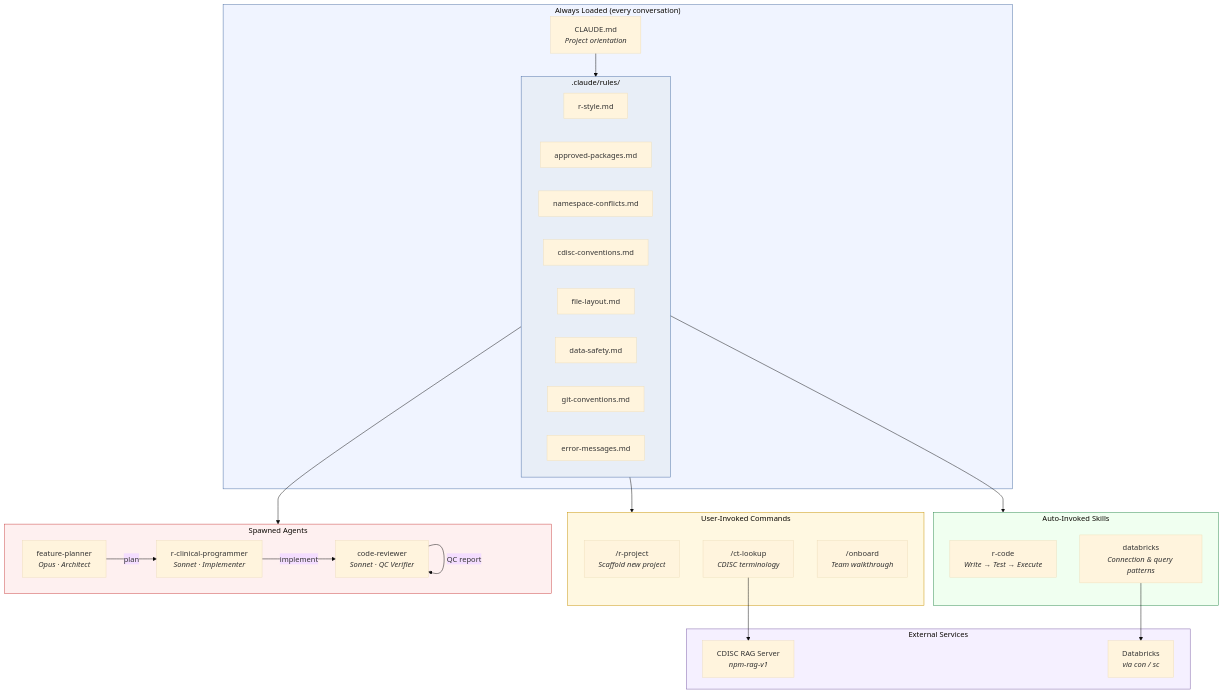
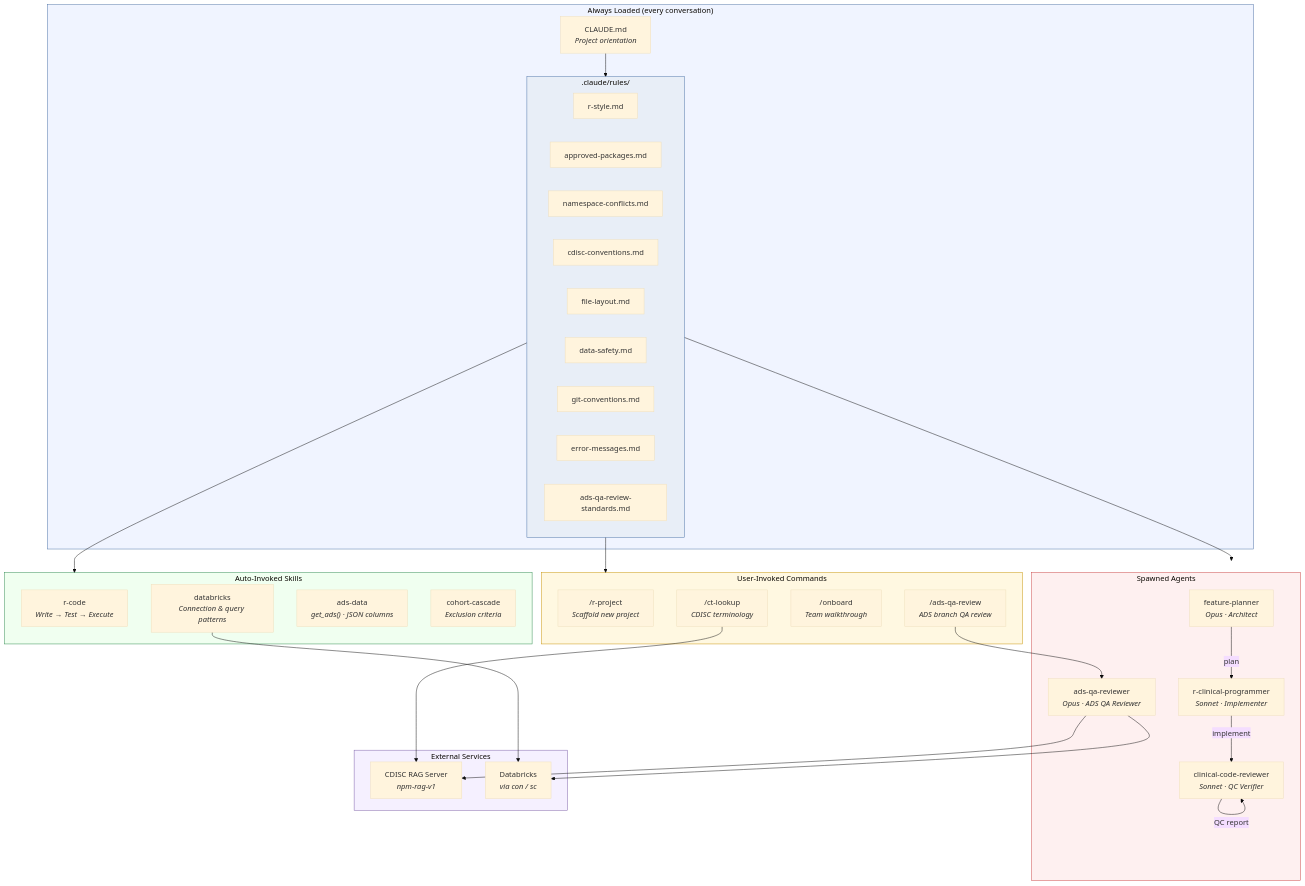
One commit to buddha2490/claude-analytics-ref changed the first of 3 diagrams in claude-overview.qmd. Above: the diagram before and after it, drawn with Mermaid (base theme). The commit also changed other lines of this file and 10 other files, not shown here.

````diff
--- a/claude-overview.qmd
+++ b/claude-overview.qmd
@@ -81,57 +82,65 @@
 ```{mermaid}
 %%| fig-width: 9
 %%| fig-cap: "Claude Code configuration architecture"
 flowchart TB
     subgraph Always["Always Loaded (every conversation)"]
         CM["CLAUDE.md<br/><i>Project orientation</i>"]
         subgraph Rules[".claude/rules/"]
             R1["r-style.md"]
             R2["approved-packages.md"]
             R3["namespace-conflicts.md"]
             R4["cdisc-conventions.md"]
             R5["file-layout.md"]
             R6["data-safety.md"]
             R7["git-conventions.md"]
             R8["error-messages.md"]
+            R9["ads-qa-review-standards.md"]
         end
     end
 
     subgraph AutoFire["Auto-Invoked Skills"]
         S1["r-code<br/><i>Write → Test → Execute</i>"]
         S2["databricks<br/><i>Connection & query patterns</i>"]
+        S3["ads-data<br/><i>get_ads() · JSON columns</i>"]
+        S4["cohort-cascade<br/><i>Exclusion criteria</i>"]
     end
 
     subgraph OnDemand["User-Invoked Commands"]
         C1["/r-project<br/><i>Scaffold new project</i>"]
         C2["/ct-lookup<br/><i>CDISC terminology</i>"]
         C3["/onboard<br/><i>Team walkthrough</i>"]
+        C4["/ads-qa-review<br/><i>ADS branch QA review</i>"]
     end
 
     subgraph Agents["Spawned Agents"]
         A1["feature-planner<br/><i>Opus · Architect</i>"]
         A2["r-clinical-programmer<br/><i>Sonnet · Implementer</i>"]
-        A3["code-reviewer<br/><i>Sonnet · QC Verifier</i>"]
+        A3["clinical-code-reviewer<br/><i>Sonnet · QC Verifier</i>"]
+        A4["ads-qa-reviewer<br/><i>Opus · ADS QA Reviewer</i>"]
     end
 
     subgraph External["External Services"]
         MCP["CDISC RAG Server<br/><i>npm-rag-v1</i>"]
         DB["Databricks<br/><i>via con / sc</i>"]
     end
 
     CM --> Rules
     Rules --> AutoFire
     Rules --> OnDemand
     Rules --> Agents
     C2 --> MCP
+    C4 --> A4
     S2 --> DB
     A1 -->|"plan"| A2
     A2 -->|"implement"| A3
     A3 -->|"QC report"| A3
+    A4 --> MCP
+    A4 --> DB
 
     style Always fill:#f0f4ff,stroke:#4a6fa5
     style Rules fill:#e8eef7,stroke:#4a6fa5
     style AutoFire fill:#f0fff0,stroke:#2d8a4e
     style OnDemand fill:#fff8e1,stroke:#c79100
     style Agents fill:#fef0f0,stroke:#c94040
     style External fill:#f5f0ff,stroke:#7b5ea7
 ```
````
